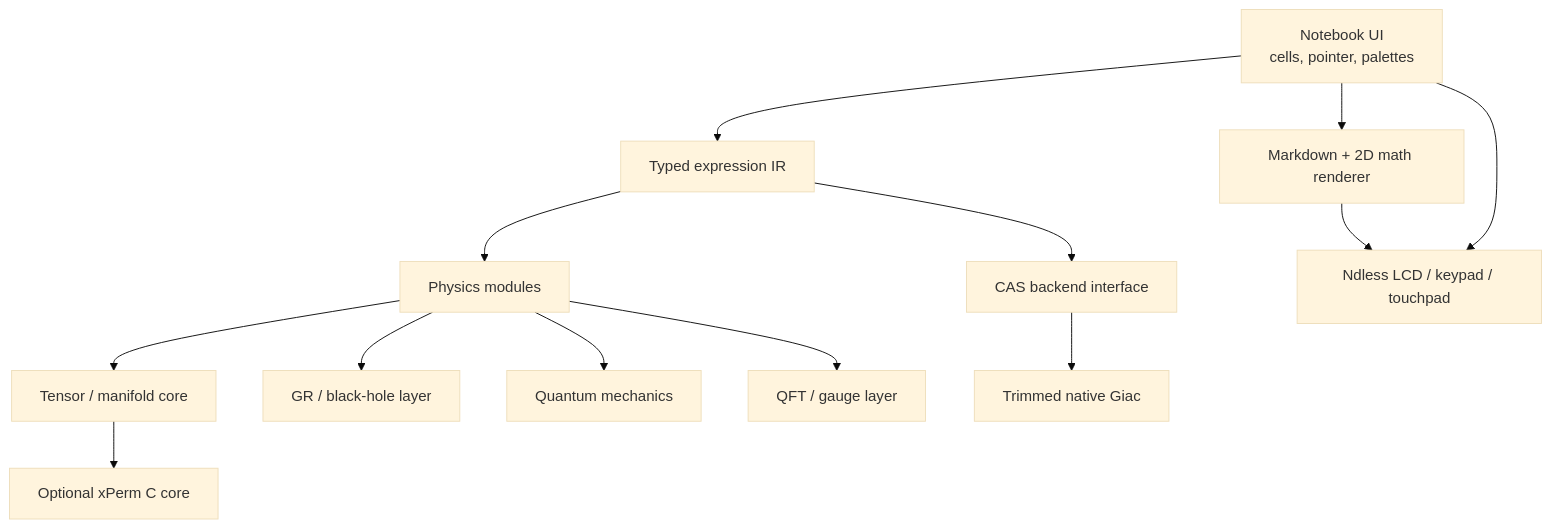
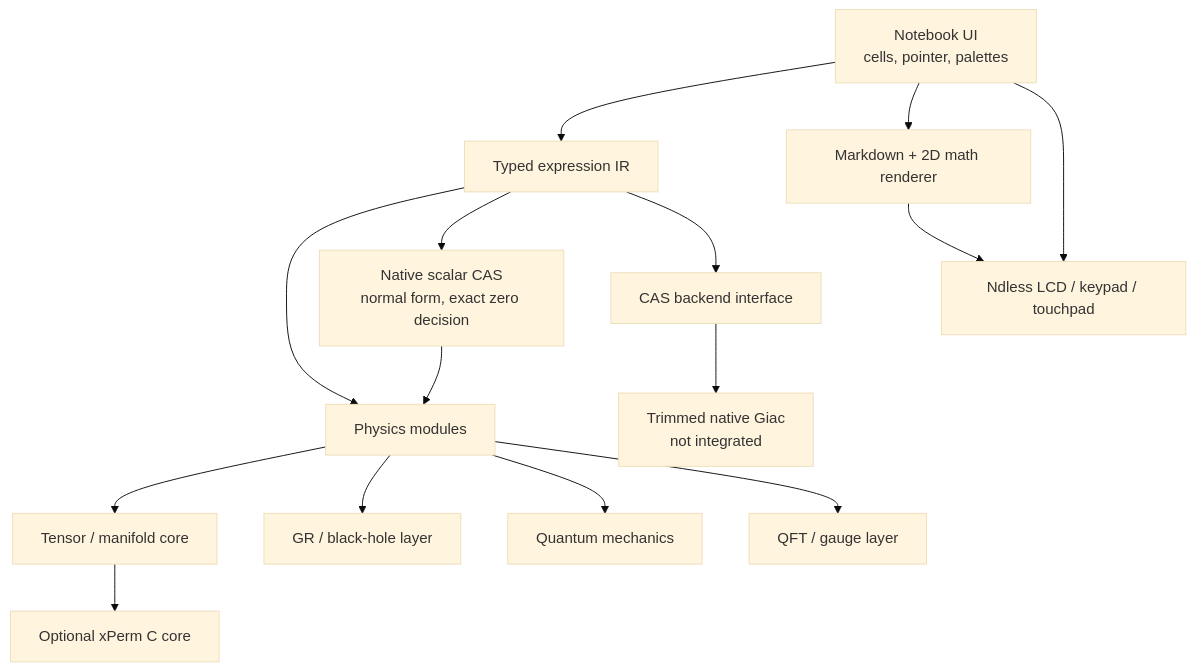
The diagram in docs/ARCHITECTURE.md (Zhen-WushuiLingchun/Phy-nspire), drawn with Mermaid (base theme) before and after one commit. The commit also changed other lines of this file and 20 other files, not shown here.

First line of the commit message:
Native symbolic scalar CAS core (#7)

````diff
--- a/docs/ARCHITECTURE.md
+++ b/docs/ARCHITECTURE.md
@@ -8,15 +8,17 @@
 ```mermaid
 flowchart TD
     UI["Notebook UI<br/>cells, pointer, palettes"] --> IR["Typed expression IR"]
     UI --> RENDER["Markdown + 2D math renderer"]
     IR --> PHYS["Physics modules"]
     PHYS --> TENSOR["Tensor / manifold core"]
     PHYS --> GR["GR / black-hole layer"]
     PHYS --> QM["Quantum mechanics"]
     PHYS --> QFT["QFT / gauge layer"]
+    IR --> SCALAR["Native scalar CAS<br/>normal form, exact zero decision"]
+    SCALAR --> PHYS
     IR --> BACKEND["CAS backend interface"]
-    BACKEND --> GIAC["Trimmed native Giac"]
+    BACKEND --> GIAC["Trimmed native Giac<br/>not integrated"]
     TENSOR --> XPERM["Optional xPerm C core"]
     RENDER --> PLATFORM["Ndless LCD / keypad / touchpad"]
     UI --> PLATFORM
 ```
````
